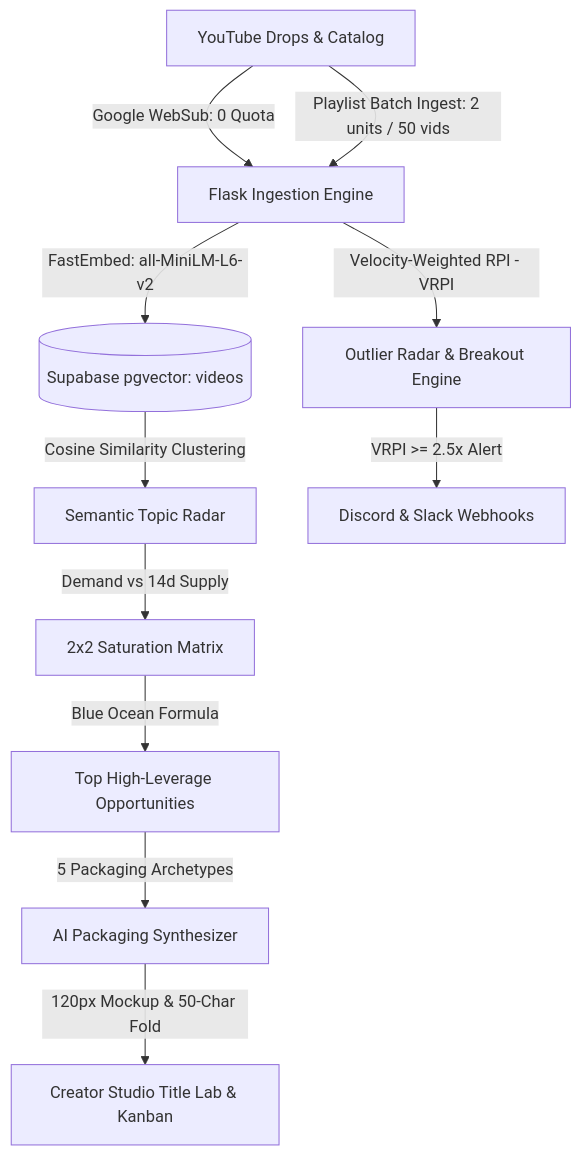
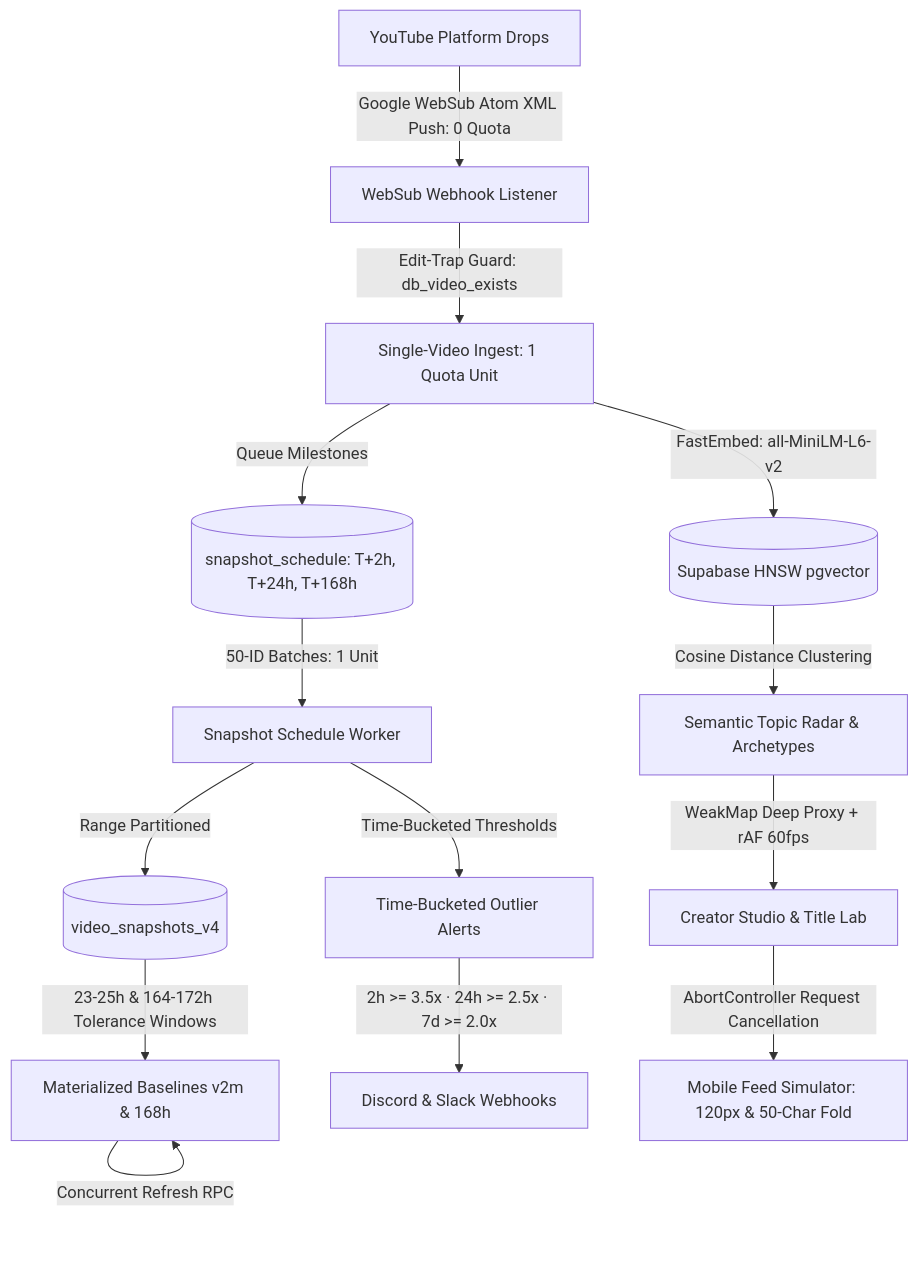
One commit to khuzaima175/Youtube-Data-Manager changed the diagram in README.md. Above: the diagram before and after it, drawn with Mermaid. The commit also changed other lines of this file and 1 other file, not shown here.

Commit message:
docs(readme): Update README.md with v5.0 architecture, dynamic PT midnight TTL, transient API error guards, and decoupled baseline refresh

````diff
--- a/README.md
+++ b/README.md
@@ -9,13 +9,16 @@
 ```mermaid
 graph TD
-    A[YouTube Drops & Catalog] -->|Google WebSub: 0 Quota| B[Flask Ingestion Engine]
-    A -->|Playlist Batch Ingest: 2 units / 50 vids| B
-    B -->|FastEmbed: all-MiniLM-L6-v2| C[(Supabase pgvector: videos)]
-    C -->|Cosine Similarity Clustering| D[Semantic Topic Radar]
-    B -->|Velocity-Weighted RPI - VRPI| E[Outlier Radar & Breakout Engine]
-    E -->|VRPI >= 2.5x Alert| F[Discord & Slack Webhooks]
-    D -->|Demand vs 14d Supply| G[2x2 Saturation Matrix]
-    G -->|Blue Ocean Formula| H[Top High-Leverage Opportunities]
-    H -->|5 Packaging Archetypes| I[AI Packaging Synthesizer]
-    I -->|120px Mockup & 50-Char Fold| J[Creator Studio Title Lab & Kanban]
+    A[YouTube Platform Drops] -->|Google WebSub Atom XML Push: 0 Quota| B[WebSub Webhook Listener]
+    B -->|Edit-Trap Guard: db_video_exists| C[Single-Video Ingest: 1 Quota Unit]
+    C -->|Queue Milestones| D[(snapshot_schedule: T+2h, T+24h, T+168h)]
+    D -->|50-ID Batches: 1 Unit| E[Snapshot Schedule Worker]
+    E -->|Range Partitioned| F[(video_snapshots_v4)]
+    F -->|23-25h & 164-172h Tolerance Windows| G[Materialized Baselines v2m & 168h]
+    G -->|Concurrent Refresh RPC| G
+    E -->|Time-Bucketed Thresholds| H[Time-Bucketed Outlier Alerts]
+    H -->|2h >= 3.5x · 24h >= 2.5x · 7d >= 2.0x| I[Discord & Slack Webhooks]
+    C -->|FastEmbed: all-MiniLM-L6-v2| J[(Supabase HNSW pgvector)]
+    J -->|Cosine Distance Clustering| K[Semantic Topic Radar & Archetypes]
+    K -->|WeakMap Deep Proxy + rAF 60fps| L[Creator Studio & Title Lab]
+    L -->|AbortController Request Cancellation| M[Mobile Feed Simulator: 120px & 50-Char Fold]
 ```
````
